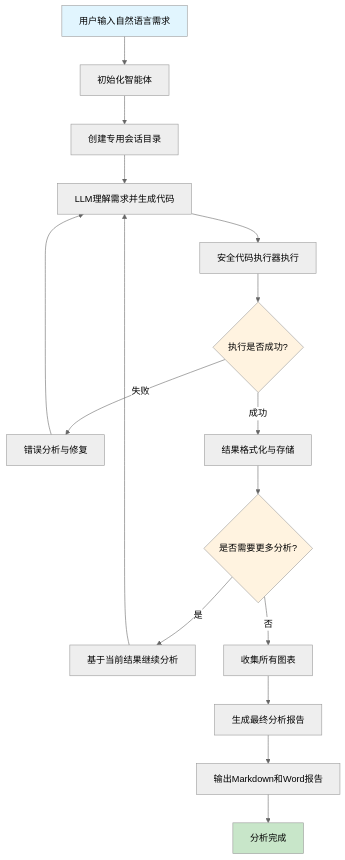
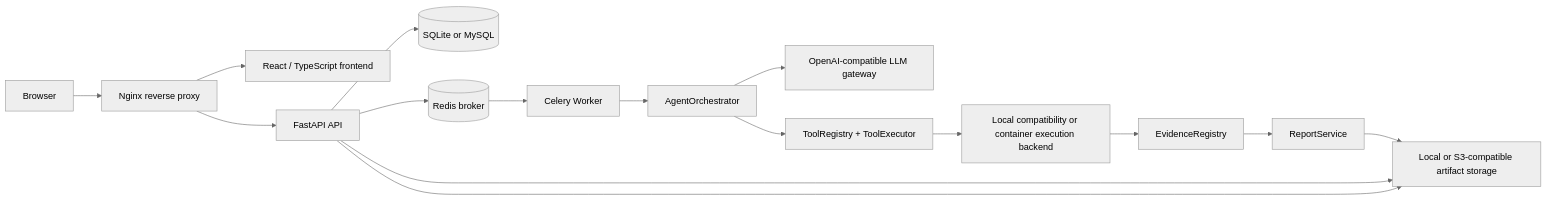
One commit to liujc021122-oss/Data_analysis-Agent changed the first of 2 diagrams in README.md. Above: the diagram before and after it, drawn with Mermaid (neutral theme). The commit also changed other lines of this file, not shown here.

````diff
--- a/README.md
+++ b/README.md
@@ -70,23 +40,18 @@
 ```mermaid
-graph TD
-    A[用户输入自然语言需求] --> B[初始化智能体]
-    B --> C[创建专用会话目录]
-    C --> D[LLM理解需求并生成代码]
-    D --> E[安全代码执行器执行]
-    E --> F{执行是否成功?}
-    F -->|失败| G[错误分析与修复]
-    G --> D
-    F -->|成功| H[结果格式化与存储]
-    H --> I{是否需要更多分析?}
-    I -->|是| J[基于当前结果继续分析]
-    J --> D
-    I -->|否| K[收集所有图表]
-    K --> L[生成最终分析报告]
-    L --> M[输出Markdown和Word报告]
-    M --> N[分析完成]
-
-    style A fill:#e1f5fe
-    style N fill:#c8e6c9
-    style F fill:#fff3e0
-    style I fill:#fff3e0
+flowchart LR
+    Browser[Browser] --> Proxy[Nginx reverse proxy]
+    Proxy --> Frontend[React / TypeScript frontend]
+    Proxy --> API[FastAPI API]
+    API --> DB[(SQLite or MySQL)]
+    API --> Broker[(Redis broker)]
+    API --> Storage[Local or S3-compatible artifact storage]
+    Broker --> Worker[Celery Worker]
+    Worker --> Orchestrator[AgentOrchestrator]
+    Orchestrator --> LLM[OpenAI-compatible LLM gateway]
+    Orchestrator --> Tools[ToolRegistry + ToolExecutor]
+    Tools --> Executor[Local compatibility or container execution backend]
+    Executor --> Evidence[EvidenceRegistry]
+    Evidence --> Reports[ReportService]
+    Reports --> Storage
+    API --> Storage
 ```
````
